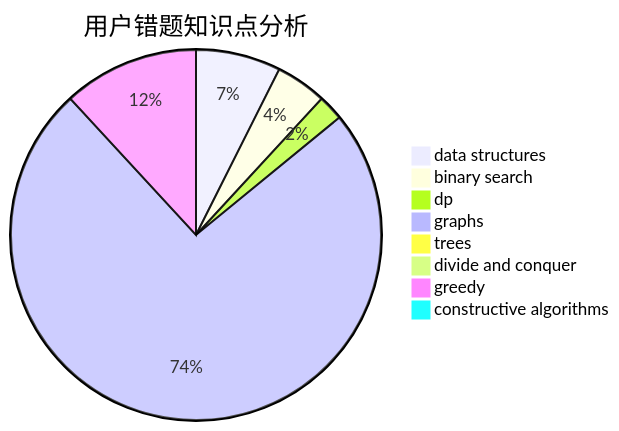
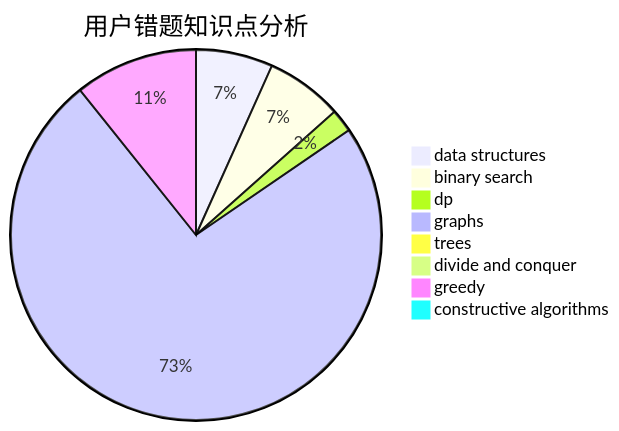
The third of 3 diagrams in docs/user/u2596.md (sherpahu/cfrs.github.io), drawn with Mermaid before and after one commit. The commit also changed other lines of this file and 2770 other files, not shown here.

````diff
--- a/docs/user/u2596.md
+++ b/docs/user/u2596.md
@@ -36,11 +36,11 @@
 ```mermaid
 pie title 用户错题知识点分析
     "data structures" :  10
-    "binary search" :  6
+    "binary search" :  10
     "dp" :  3
-    "graphs" :  100
+    "graphs" :  110
     "trees" :  0
     "divide and conquer" :  0
     "greedy" :  16
     "constructive algorithms" :  1
 ```
````
